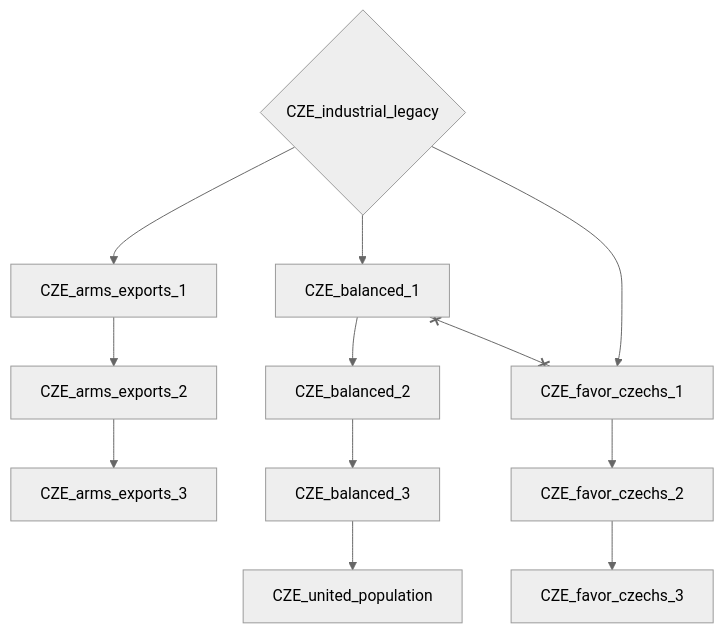
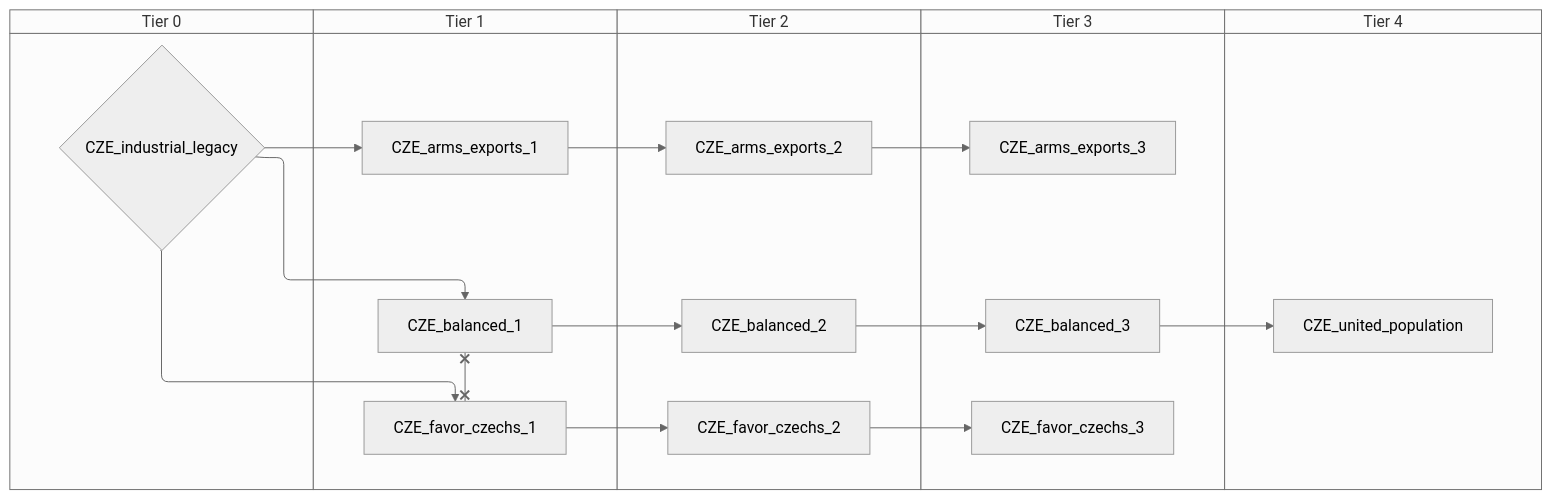
Before and after one commit to evgeny-sobol/hoi4-sandbox-mode-r56: the third of 8 diagrams in docs/gdd/National Focuses/r56/czechoslovakia.md, drawn with Mermaid (neutral theme). The commit also changed other lines of this file and 423 other files, not shown here.

First line of the commit message:
Re-export Rt56 focus trees as swimlane diagrams

````diff
--- a/docs/gdd/National Focuses/r56/czechoslovakia.md
+++ b/docs/gdd/National Focuses/r56/czechoslovakia.md
@@ -48,25 +64,35 @@
 ```mermaid
-flowchart TD
-    n17["CZE_arms_exports_1"]
-    n18["CZE_arms_exports_2"]
-    n19["CZE_arms_exports_3"]
-    n20["CZE_balanced_1"]
-    n21["CZE_balanced_2"]
-    n22["CZE_balanced_3"]
-    n23["CZE_favor_czechs_1"]
-    n24["CZE_favor_czechs_2"]
-    n25["CZE_favor_czechs_3"]
-    n26{"CZE_industrial_legacy"}
-    n27["CZE_united_population"]
-    n26 --> n17
+swimlane-beta TD
+    subgraph tier_0["Tier 0"]
+        n17{"CZE_industrial_legacy"}
+    end
+    subgraph tier_1["Tier 1"]
+        n18["CZE_arms_exports_1"]
+        n19["CZE_balanced_1"]
+        n20["CZE_favor_czechs_1"]
+    end
+    subgraph tier_2["Tier 2"]
+        n21["CZE_arms_exports_2"]
+        n22["CZE_balanced_2"]
+        n23["CZE_favor_czechs_2"]
+    end
+    subgraph tier_3["Tier 3"]
+        n24["CZE_arms_exports_3"]
+        n25["CZE_balanced_3"]
+        n26["CZE_favor_czechs_3"]
+    end
+    subgraph tier_4["Tier 4"]
+        n27["CZE_united_population"]
+    end
     n17 --> n18
-    n18 --> n19
-    n26 --> n20
-    n20 --> n21
-    n21 --> n22
-    n26 --> n23
-    n23 --> n24
-    n24 --> n25
-    n22 --> n27
-    n20 x--x n23
+    n18 --> n21
+    n21 --> n24
+    n17 --> n19
+    n19 --> n22
+    n22 --> n25
+    n17 --> n20
+    n20 --> n23
+    n23 --> n26
+    n25 --> n27
+    n19 x--x n20
 ```
````
